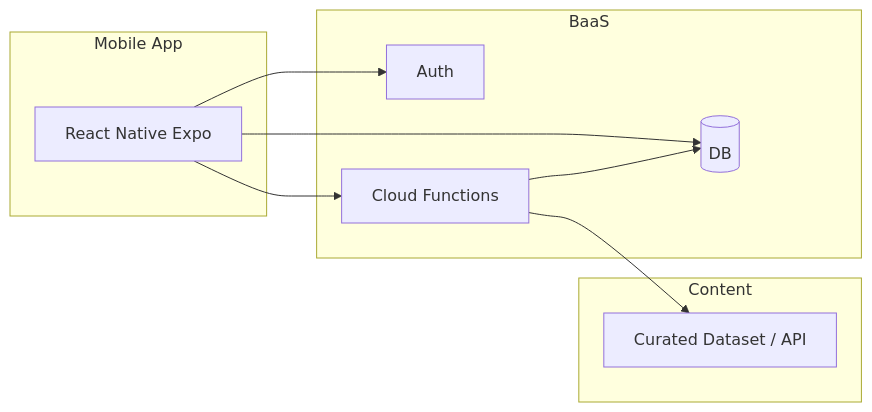
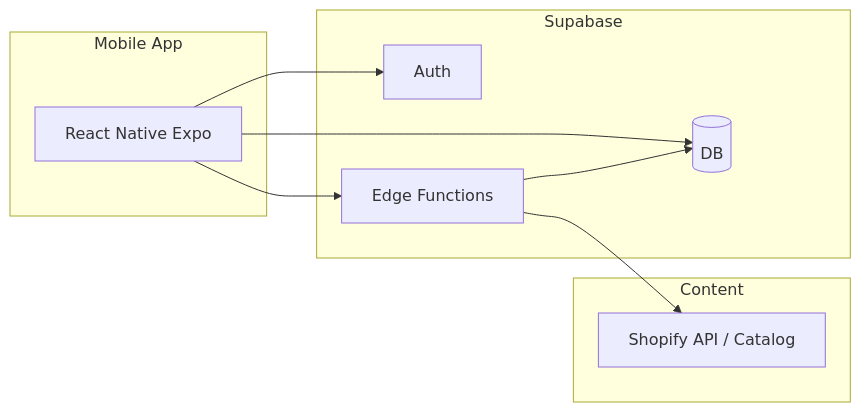
Before and after one commit to smithdb3/StyleSwipe: the diagram in highLevelDoc.md, drawn with Mermaid. The commit also changed other lines of this file and 1 other file, not shown here.

````diff
--- a/highLevelDoc.md
+++ b/highLevelDoc.md
@@ -21,19 +59,19 @@
 ```mermaid
 flowchart LR
   subgraph client [Mobile App]
     RN[React Native Expo]
   end
-  subgraph backend [BaaS]
+  subgraph backend [Supabase]
     Auth[Auth]
     DB[(DB)]
-    CF[Cloud Functions]
+    EF[Edge Functions]
   end
   subgraph content [Content]
-    Dataset[Curated Dataset / API]
+    Shopify[Shopify API / Catalog]
   end
   RN --> Auth
   RN --> DB
-  RN --> CF
-  CF --> Dataset
-  CF --> DB
+  RN --> EF
+  EF --> Shopify
+  EF --> DB
 ```
````
